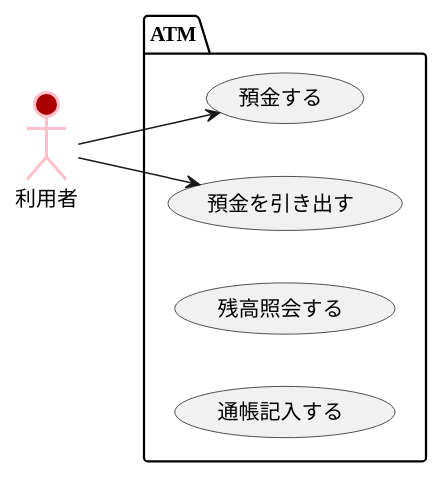
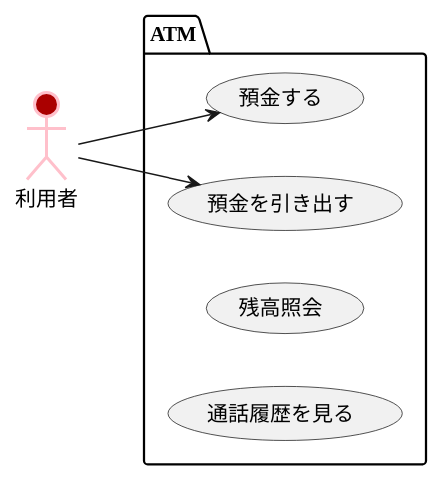
The diagram in _UC_ATM.pu (itchita/uml-introduction), drawn with PlantUML before and after one commit. The commit also changed 2 other files, not shown here.

```diff
--- a/_UC_ATM.pu
+++ b/_UC_ATM.pu
@@ -1,13 +1,12 @@
 @startuml 
 left to right direction
 actor 利用者 #AA0000;line:Pink;line.bold;
 package ATM {
 usecase 預金する
 usecase 預金を引き出す
-usecase 残高照会する
-usecase 通帳記入する
+usecase 残高照会
+usecase 通話履歴を見る
 }
-
 利用者 --> 預金する
 利用者 --> 預金を引き出す
 @enduml
```
